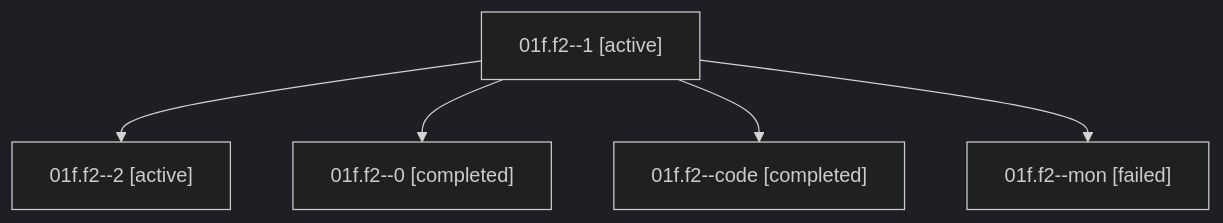
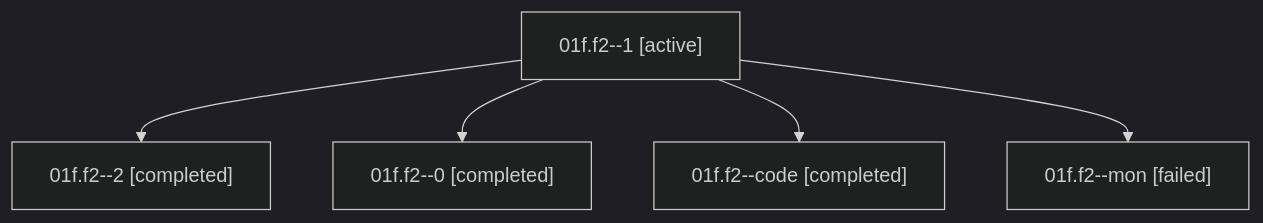
One commit to sase-org/sase--agents changed the diagram in families/bbugyi200.athena.01f.f2.md. Above: the diagram before and after it, drawn with Mermaid (dark theme). The commit also changed other lines of this file and 48 other files, not shown here.

````diff
--- a/families/bbugyi200.athena.01f.f2.md
+++ b/families/bbugyi200.athena.01f.f2.md
@@ -9,12 +9,12 @@
 ```mermaid
 flowchart TD
   n0["01f.f2--1 [active]"]
-  n1["01f.f2--2 [active]"]
+  n1["01f.f2--2 [completed]"]
   n0 --> n1
   n2["01f.f2--0 [completed]"]
   n0 --> n2
   n3["01f.f2--code [completed]"]
   n0 --> n3
   n4["01f.f2--mon [failed]"]
   n0 --> n4
 ```
````
